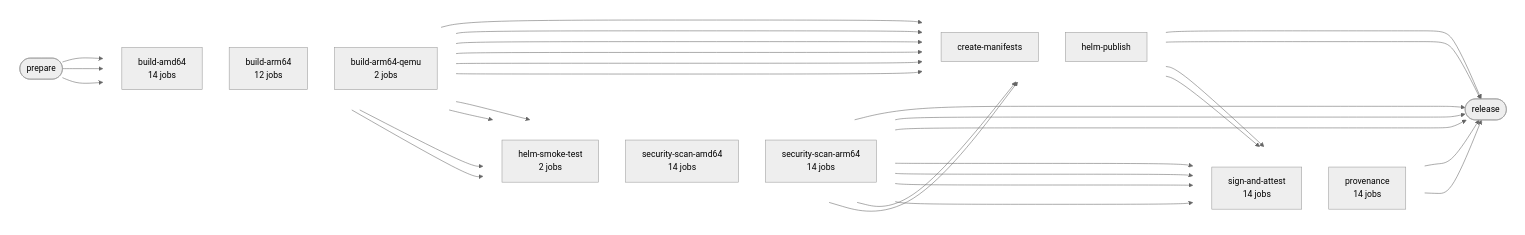
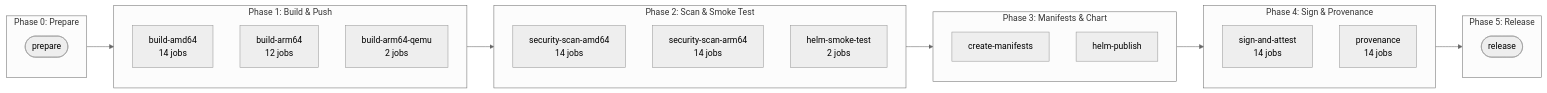
Before and after one commit to jordigilh/kubernaut: the second of 2 diagrams in docs/development/release/RELEASE_GUIDE.md, drawn with Mermaid (neutral theme). The commit also changed other lines of this file, not shown here.

Commit message:
docs(release): collapse pipeline diagram to phase-level containers
Job-to-job edges (even column-grouped) still crossed too much to read.
Switches to 6 bordered phase containers with a single arrow between each —
the per-job fan-out/fan-in (e.g. security-scan-arm64 needing both arm64
build jobs) is still covered in the Stage N prose below, just not drawn.

````diff
--- a/docs/development/release/RELEASE_GUIDE.md
+++ b/docs/development/release/RELEASE_GUIDE.md
@@ -454,50 +457,38 @@
 ```mermaid
 flowchart LR
-    subgraph c1[ ]
+    subgraph P0["Phase 0: Prepare"]
         prepare(["prepare"])
     end
-    subgraph c2[ ]
+
+    subgraph P1["Phase 1: Build & Push"]
         direction TB
         buildamd64["build-amd64\n14 jobs"]
         buildarm64["build-arm64\n12 jobs"]
         buildarm64qemu["build-arm64-qemu\n2 jobs"]
     end
-    subgraph c3[ ]
+
+    subgraph P2["Phase 2: Scan & Smoke Test"]
         direction TB
-        smoketest["helm-smoke-test\n2 jobs"]
         scanamd64["security-scan-amd64\n14 jobs"]
         scanarm64["security-scan-arm64\n14 jobs"]
+        smoketest["helm-smoke-test\n2 jobs"]
     end
-    subgraph c4[ ]
+
+    subgraph P3["Phase 3: Manifests & Chart"]
         direction TB
         manifests["create-manifests"]
         helmpublish["helm-publish"]
     end
-    subgraph c5[ ]
+
+    subgraph P4["Phase 4: Sign & Provenance"]
         direction TB
         signattest["sign-and-attest\n14 jobs"]
         provenance["provenance\n14 jobs"]
     end
-    subgraph c6[ ]
+
+    subgraph P5["Phase 5: Release"]
         release(["release"])
     end
 
-    prepare --> buildamd64 & buildarm64 & buildarm64qemu
-
-    buildamd64 --> smoketest & scanamd64
-    buildarm64 --> scanarm64
-    buildarm64qemu --> scanarm64
-
-    buildamd64 & buildarm64 & buildarm64qemu & smoketest --> manifests & helmpublish
-
-    manifests & scanamd64 & scanarm64 --> signattest & provenance
-
-    smoketest & manifests & helmpublish & scanamd64 & scanarm64 & signattest & provenance --> release
-
-    style c1 fill:none,stroke:none
-    style c2 fill:none,stroke:none
-    style c3 fill:none,stroke:none
-    style c4 fill:none,stroke:none
-    style c5 fill:none,stroke:none
-    style c6 fill:none,stroke:none
+    P0 --> P1 --> P2 --> P3 --> P4 --> P5
 ```
````
